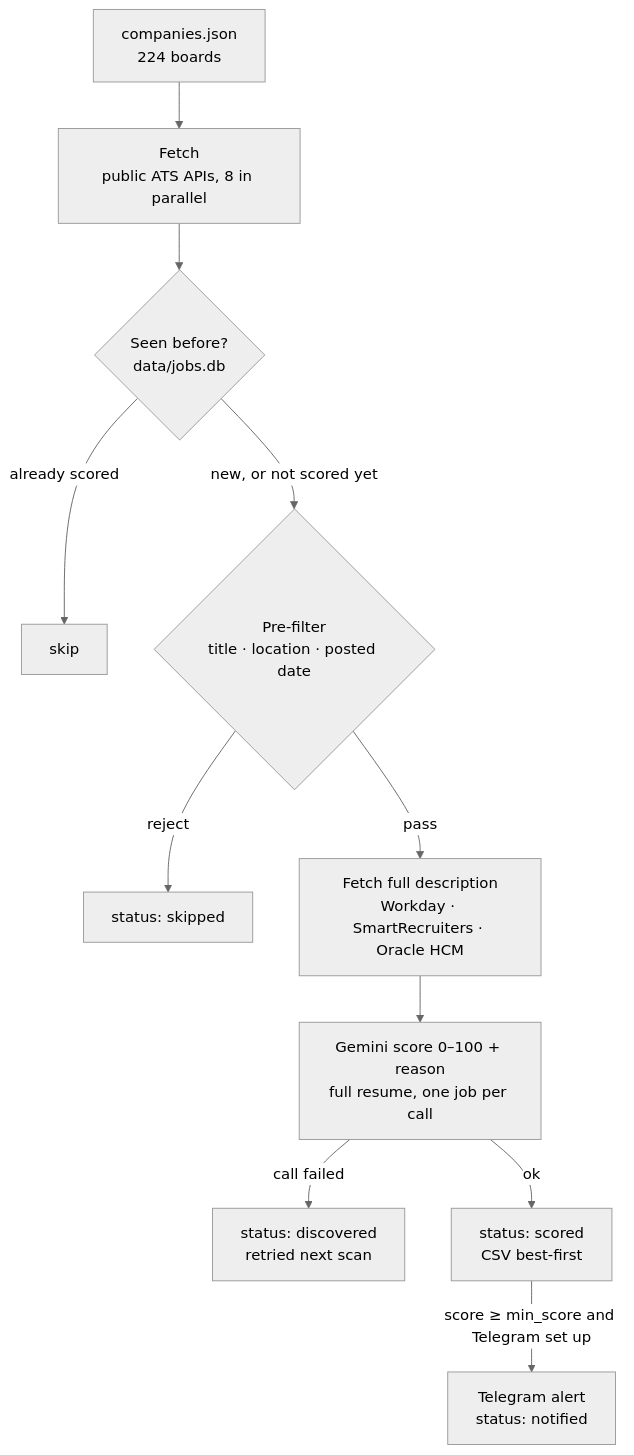
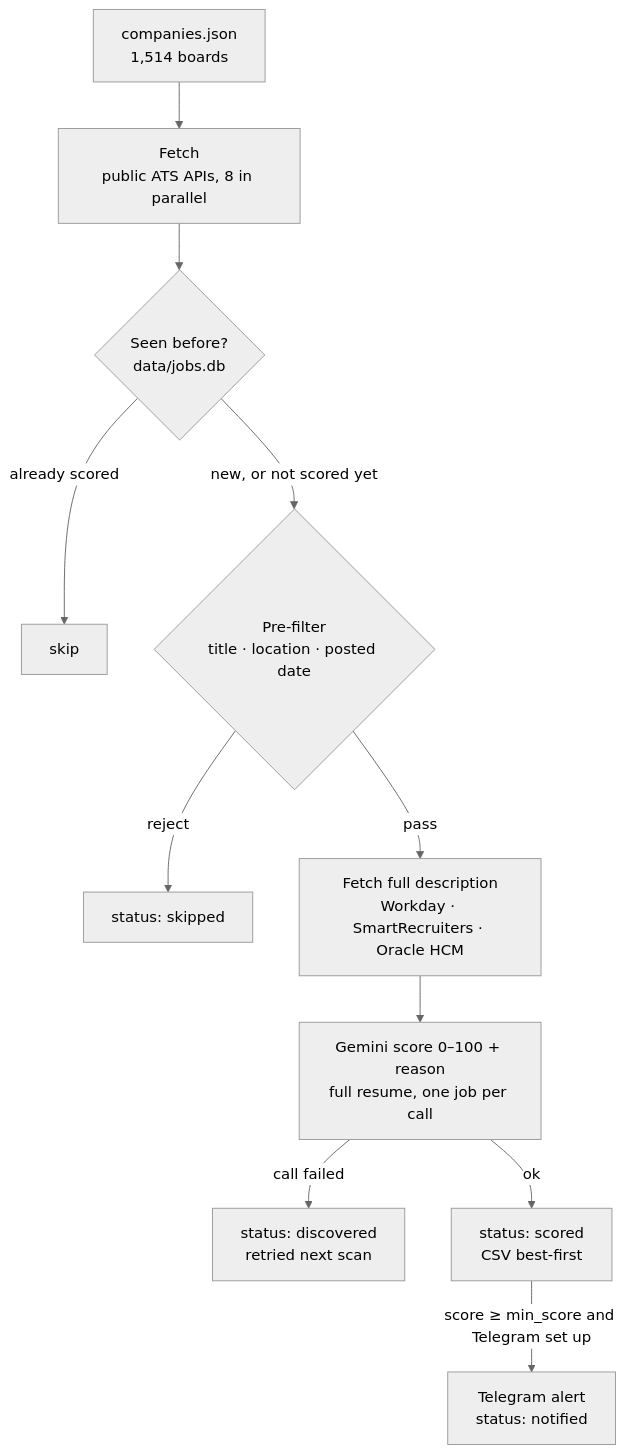
The diagram in README.md (Manish814142/rolesight), drawn with Mermaid (neutral theme) before and after one commit. The commit also changed other lines of this file and 5 other files, not shown here.

First line of the commit message:
T111: companies.json grows from 224 to 1,514 boards (harvested from public job-board URLs, each checked by discover)

````diff
--- a/README.md
+++ b/README.md
@@ -85,13 +85,13 @@
 ```mermaid
 flowchart TD
-    C["companies.json<br/>224 boards"] --> F["Fetch<br/>public ATS APIs, 8 in parallel"]
+    C["companies.json<br/>1,514 boards"] --> F["Fetch<br/>public ATS APIs, 8 in parallel"]
     F --> D{"Seen before?<br/>data/jobs.db"}
     D -- "already scored" --> X["skip"]
     D -- "new, or not scored yet" --> P{"Pre-filter<br/>title · location · posted date"}
     P -- reject --> S["status: skipped"]
     P -- pass --> E["Fetch full description<br/>Workday · SmartRecruiters · Oracle HCM"]
     E --> G["Gemini score 0–100 + reason<br/>full resume, one job per call"]
     G -- "call failed" --> R["status: discovered<br/>retried next scan"]
     G -- ok --> O["status: scored<br/>CSV best-first"]
     O -- "score ≥ min_score and Telegram set up" --> T["Telegram alert<br/>status: notified"]
 ```
````
